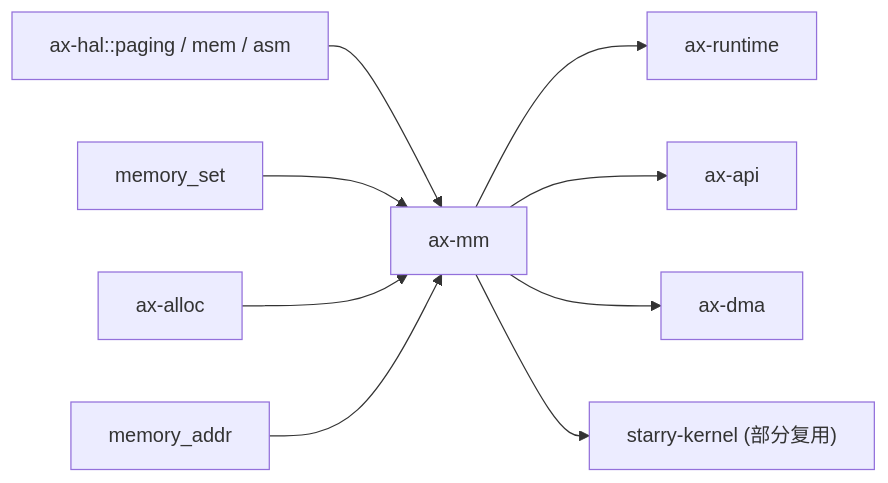
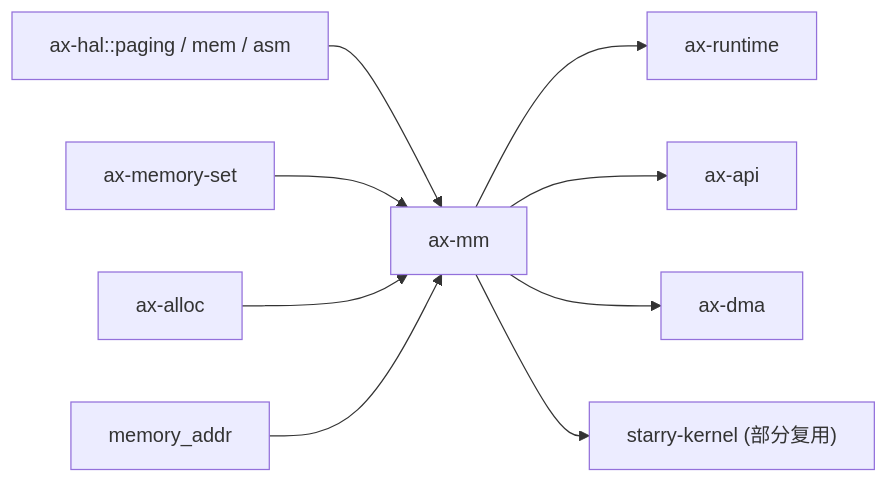
Before and after one commit to zKurisu/tgoskits: the second of 2 diagrams in docs/crates/ax-mm.md, drawn with Mermaid. The commit also changed other lines of this file and 27 other files, not shown here.

Commit message:
rename memory_set to ax-memory-set

````diff
--- a/docs/crates/ax-mm.md
+++ b/docs/crates/ax-mm.md
@@ -103,12 +103,12 @@
 ```mermaid
 graph LR
     ax-hal["ax-hal::paging / mem / asm"] --> ax-mm["ax-mm"]
-    memory_set["memory_set"] --> ax-mm
+    ax_memory_set["ax-memory-set"] --> ax-mm
     ax-alloc["ax-alloc"] --> ax-mm
     memory_addr["memory_addr"] --> ax-mm
 
     ax-mm --> ax-runtime["ax-runtime"]
     ax-mm --> ax-api["ax-api"]
     ax-mm --> ax_dma["ax-dma"]
     ax-mm --> starry_kernel["starry-kernel (部分复用)"]
 ```
````
